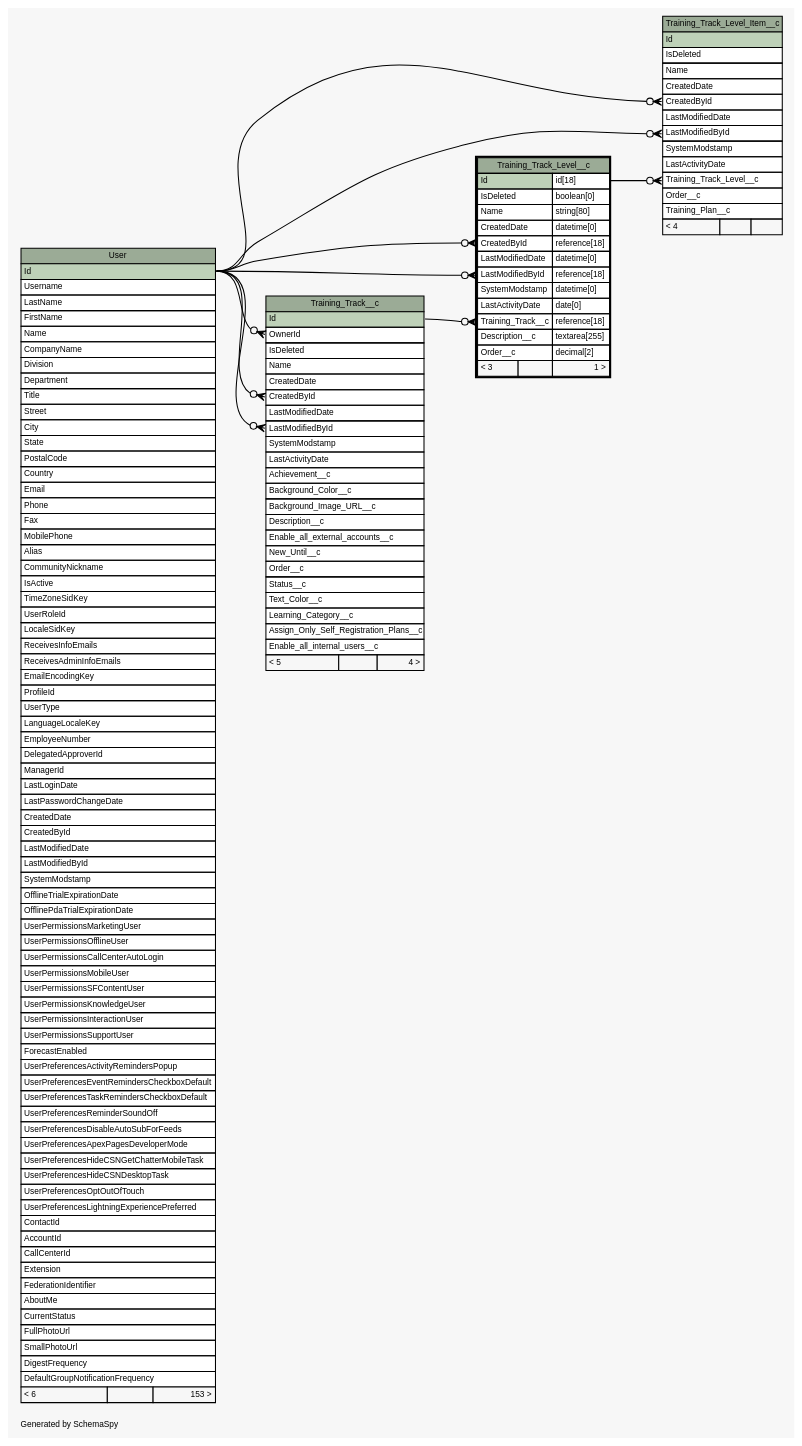
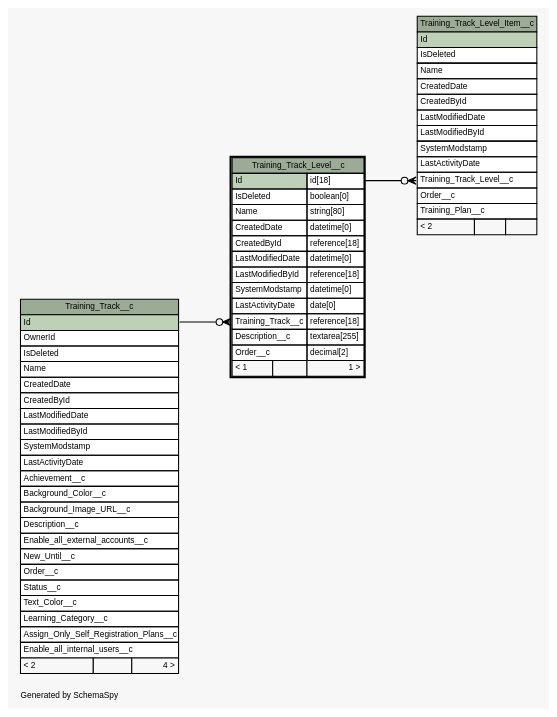
The diagram in diagrams/Training_Track_Level__c.1degree.dot (ScormAnywhere/learntrac.github.io), drawn with Graphviz before and after one commit. The commit also changed 289 other files, not shown here.

```diff
--- a/diagrams/Training_Track_Level__c.1degree.dot
+++ b/diagrams/Training_Track_Level__c.1degree.dot
@@ -19,14 +19,7 @@
   edge [
     arrowsize="0.8"
   ];
-  "Training_Track__c":"CreatedById":w -> "User":"Id":e [arrowhead=none dir=back arrowtail=crowodot];
-  "Training_Track__c":"LastModifiedById":w -> "User":"Id":e [arrowhead=none dir=back arrowtail=crowodot];
-  "Training_Track__c":"OwnerId":w -> "User":"Id":e [arrowhead=none dir=back arrowtail=crowodot];
-  "Training_Track_Level__c":"CreatedById":w -> "User":"Id":e [arrowhead=none dir=back arrowtail=crowodot];
-  "Training_Track_Level__c":"LastModifiedById":w -> "User":"Id":e [arrowhead=none dir=back arrowtail=crowodot];
   "Training_Track_Level__c":"Training_Track__c":w -> "Training_Track__c":"Id":e [arrowhead=none dir=back arrowtail=crowodot];
-  "Training_Track_Level_Item__c":"CreatedById":w -> "User":"Id":e [arrowhead=none dir=back arrowtail=crowodot];
-  "Training_Track_Level_Item__c":"LastModifiedById":w -> "User":"Id":e [arrowhead=none dir=back arrowtail=crowodot];
   "Training_Track_Level_Item__c":"Training_Track_Level__c":w -> "Training_Track_Level__c":"Id.type":e [arrowhead=none dir=back arrowtail=crowodot];
   "Training_Track__c" [
     label=<
@@ -54,7 +47,7 @@
       <TR><TD PORT="Learning_Category__c" COLSPAN="3" ALIGN="LEFT">Learning_Category__c</TD></TR>
       <TR><TD PORT="Assign_Only_Self_Registration_Plans__c" COLSPAN="3" ALIGN="LEFT">Assign_Only_Self_Registration_Plans__c</TD></TR>
       <TR><TD PORT="Enable_all_internal_users__c" COLSPAN="3" ALIGN="LEFT">Enable_all_internal_users__c</TD></TR>
-      <TR><TD ALIGN="LEFT" BGCOLOR="#f7f7f7">&lt; 5</TD><TD ALIGN="RIGHT" BGCOLOR="#f7f7f7">  </TD><TD ALIGN="RIGHT" BGCOLOR="#f7f7f7">4 &gt;</TD></TR>
+      <TR><TD ALIGN="LEFT" BGCOLOR="#f7f7f7">&lt; 2</TD><TD ALIGN="RIGHT" BGCOLOR="#f7f7f7">  </TD><TD ALIGN="RIGHT" BGCOLOR="#f7f7f7">4 &gt;</TD></TR>
     </TABLE>>
     URL="Training_Track__c.html"
     tooltip="Training_Track__c"
@@ -75,7 +68,7 @@
       <TR><TD PORT="Training_Track__c" COLSPAN="2" ALIGN="LEFT">Training_Track__c</TD><TD PORT="Training_Track__c.type" ALIGN="LEFT">reference[18]</TD></TR>
       <TR><TD PORT="Description__c" COLSPAN="2" ALIGN="LEFT">Description__c</TD><TD PORT="Description__c.type" ALIGN="LEFT">textarea[255]</TD></TR>
       <TR><TD PORT="Order__c" COLSPAN="2" ALIGN="LEFT">Order__c</TD><TD PORT="Order__c.type" ALIGN="LEFT">decimal[2]</TD></TR>
-      <TR><TD ALIGN="LEFT" BGCOLOR="#f7f7f7">&lt; 3</TD><TD ALIGN="RIGHT" BGCOLOR="#f7f7f7">  </TD><TD ALIGN="RIGHT" BGCOLOR="#f7f7f7">1 &gt;</TD></TR>
+      <TR><TD ALIGN="LEFT" BGCOLOR="#f7f7f7">&lt; 1</TD><TD ALIGN="RIGHT" BGCOLOR="#f7f7f7">  </TD><TD ALIGN="RIGHT" BGCOLOR="#f7f7f7">1 &gt;</TD></TR>
     </TABLE>>
     URL="Training_Track_Level__c.html"
     tooltip="Training_Track_Level__c"
@@ -96,90 +89,9 @@
       <TR><TD PORT="Training_Track_Level__c" COLSPAN="3" ALIGN="LEFT">Training_Track_Level__c</TD></TR>
       <TR><TD PORT="Order__c" COLSPAN="3" ALIGN="LEFT">Order__c</TD></TR>
       <TR><TD PORT="Training_Plan__c" COLSPAN="3" ALIGN="LEFT">Training_Plan__c</TD></TR>
-      <TR><TD ALIGN="LEFT" BGCOLOR="#f7f7f7">&lt; 4</TD><TD ALIGN="RIGHT" BGCOLOR="#f7f7f7">  </TD><TD ALIGN="RIGHT" BGCOLOR="#f7f7f7">  </TD></TR>
+      <TR><TD ALIGN="LEFT" BGCOLOR="#f7f7f7">&lt; 2</TD><TD ALIGN="RIGHT" BGCOLOR="#f7f7f7">  </TD><TD ALIGN="RIGHT" BGCOLOR="#f7f7f7">  </TD></TR>
     </TABLE>>
     URL="Training_Track_Level_Item__c.html"
     tooltip="Training_Track_Level_Item__c"
   ];
-  "User" [
-    label=<
-    <TABLE BORDER="0" CELLBORDER="1" CELLSPACING="0" BGCOLOR="#ffffff">
-      <TR><TD COLSPAN="3" BGCOLOR="#9bab96" ALIGN="CENTER">User</TD></TR>
-      <TR><TD PORT="Id" COLSPAN="3" BGCOLOR="#bed1b8" ALIGN="LEFT">Id</TD></TR>
-      <TR><TD PORT="Username" COLSPAN="3" ALIGN="LEFT">Username</TD></TR>
-      <TR><TD PORT="LastName" COLSPAN="3" ALIGN="LEFT">LastName</TD></TR>
-      <TR><TD PORT="FirstName" COLSPAN="3" ALIGN="LEFT">FirstName</TD></TR>
-      <TR><TD PORT="Name" COLSPAN="3" ALIGN="LEFT">Name</TD></TR>
-      <TR><TD PORT="CompanyName" COLSPAN="3" ALIGN="LEFT">CompanyName</TD></TR>
-      <TR><TD PORT="Division" COLSPAN="3" ALIGN="LEFT">Division</TD></TR>
-      <TR><TD PORT="Department" COLSPAN="3" ALIGN="LEFT">Department</TD></TR>
-      <TR><TD PORT="Title" COLSPAN="3" ALIGN="LEFT">Title</TD></TR>
-      <TR><TD PORT="Street" COLSPAN="3" ALIGN="LEFT">Street</TD></TR>
-      <TR><TD PORT="City" COLSPAN="3" ALIGN="LEFT">City</TD></TR>
-      <TR><TD PORT="State" COLSPAN="3" ALIGN="LEFT">State</TD></TR>
-      <TR><TD PORT="PostalCode" COLSPAN="3" ALIGN="LEFT">PostalCode</TD></TR>
-      <TR><TD PORT="Country" COLSPAN="3" ALIGN="LEFT">Country</TD></TR>
-      <TR><TD PORT="Email" COLSPAN="3" ALIGN="LEFT">Email</TD></TR>
-      <TR><TD PORT="Phone" COLSPAN="3" ALIGN="LEFT">Phone</TD></TR>
-      <TR><TD PORT="Fax" COLSPAN="3" ALIGN="LEFT">Fax</TD></TR>
-      <TR><TD PORT="MobilePhone" COLSPAN="3" ALIGN="LEFT">MobilePhone</TD></TR>
-      <TR><TD PORT="Alias" COLSPAN="3" ALIGN="LEFT">Alias</TD></TR>
-      <TR><TD PORT="CommunityNickname" COLSPAN="3" ALIGN="LEFT">CommunityNickname</TD></TR>
-      <TR><TD PORT="IsActive" COLSPAN="3" ALIGN="LEFT">IsActive</TD></TR>
-      <TR><TD PORT="TimeZoneSidKey" COLSPAN="3" ALIGN="LEFT">TimeZoneSidKey</TD></TR>
-      <TR><TD PORT="UserRoleId" COLSPAN="3" ALIGN="LEFT">UserRoleId</TD></TR>
-      <TR><TD PORT="LocaleSidKey" COLSPAN="3" ALIGN="LEFT">LocaleSidKey</TD></TR>
-      <TR><TD PORT="ReceivesInfoEmails" COLSPAN="3" ALIGN="LEFT">ReceivesInfoEmails</TD></TR>
-      <TR><TD PORT="ReceivesAdminInfoEmails" COLSPAN="3" ALIGN="LEFT">ReceivesAdminInfoEmails</TD></TR>
-      <TR><TD PORT="EmailEncodingKey" COLSPAN="3" ALIGN="LEFT">EmailEncodingKey</TD></TR>
-      <TR><TD PORT="ProfileId" COLSPAN="3" ALIGN="LEFT">ProfileId</TD></TR>
-      <TR><TD PORT="UserType" COLSPAN="3" ALIGN="LEFT">UserType</TD></TR>
-      <TR><TD PORT="LanguageLocaleKey" COLSPAN="3" ALIGN="LEFT">LanguageLocaleKey</TD></TR>
-      <TR><TD PORT="EmployeeNumber" COLSPAN="3" ALIGN="LEFT">EmployeeNumber</TD></TR>
-      <TR><TD PORT="DelegatedApproverId" COLSPAN="3" ALIGN="LEFT">DelegatedApproverId</TD></TR>
-      <TR><TD PORT="ManagerId" COLSPAN="3" ALIGN="LEFT">ManagerId</TD></TR>
-      <TR><TD PORT="LastLoginDate" COLSPAN="3" ALIGN="LEFT">LastLoginDate</TD></TR>
-      <TR><TD PORT="LastPasswordChangeDate" COLSPAN="3" ALIGN="LEFT">LastPasswordChangeDate</TD></TR>
-      <TR><TD PORT="CreatedDate" COLSPAN="3" ALIGN="LEFT">CreatedDate</TD></TR>
-      <TR><TD PORT="CreatedById" COLSPAN="3" ALIGN="LEFT">CreatedById</TD></TR>
-      <TR><TD PORT="LastModifiedDate" COLSPAN="3" ALIGN="LEFT">LastModifiedDate</TD></TR>
-      <TR><TD PORT="LastModifiedById" COLSPAN="3" ALIGN="LEFT">LastModifiedById</TD></TR>
-      <TR><TD PORT="SystemModstamp" COLSPAN="3" ALIGN="LEFT">SystemModstamp</TD></TR>
-      <TR><TD PORT="OfflineTrialExpirationDate" COLSPAN="3" ALIGN="LEFT">OfflineTrialExpirationDate</TD></TR>
-      <TR><TD PORT="OfflinePdaTrialExpirationDate" COLSPAN="3" ALIGN="LEFT">OfflinePdaTrialExpirationDate</TD></TR>
-      <TR><TD PORT="UserPermissionsMarketingUser" COLSPAN="3" ALIGN="LEFT">UserPermissionsMarketingUser</TD></TR>
-      <TR><TD PORT="UserPermissionsOfflineUser" COLSPAN="3" ALIGN="LEFT">UserPermissionsOfflineUser</TD></TR>
-      <TR><TD PORT="UserPermissionsCallCenterAutoLogin" COLSPAN="3" ALIGN="LEFT">UserPermissionsCallCenterAutoLogin</TD></TR>
-      <TR><TD PORT="UserPermissionsMobileUser" COLSPAN="3" ALIGN="LEFT">UserPermissionsMobileUser</TD></TR>
-      <TR><TD PORT="UserPermissionsSFContentUser" COLSPAN="3" ALIGN="LEFT">UserPermissionsSFContentUser</TD></TR>
-      <TR><TD PORT="UserPermissionsKnowledgeUser" COLSPAN="3" ALIGN="LEFT">UserPermissionsKnowledgeUser</TD></TR>
-      <TR><TD PORT="UserPermissionsInteractionUser" COLSPAN="3" ALIGN="LEFT">UserPermissionsInteractionUser</TD></TR>
-      <TR><TD PORT="UserPermissionsSupportUser" COLSPAN="3" ALIGN="LEFT">UserPermissionsSupportUser</TD></TR>
-      <TR><TD PORT="ForecastEnabled" COLSPAN="3" ALIGN="LEFT">ForecastEnabled</TD></TR>
-      <TR><TD PORT="UserPreferencesActivityRemindersPopup" COLSPAN="3" ALIGN="LEFT">UserPreferencesActivityRemindersPopup</TD></TR>
-      <TR><TD PORT="UserPreferencesEventRemindersCheckboxDefault" COLSPAN="3" ALIGN="LEFT">UserPreferencesEventRemindersCheckboxDefault</TD></TR>
-      <TR><TD PORT="UserPreferencesTaskRemindersCheckboxDefault" COLSPAN="3" ALIGN="LEFT">UserPreferencesTaskRemindersCheckboxDefault</TD></TR>
-      <TR><TD PORT="UserPreferencesReminderSoundOff" COLSPAN="3" ALIGN="LEFT">UserPreferencesReminderSoundOff</TD></TR>
-      <TR><TD PORT="UserPreferencesDisableAutoSubForFeeds" COLSPAN="3" ALIGN="LEFT">UserPreferencesDisableAutoSubForFeeds</TD></TR>
-      <TR><TD PORT="UserPreferencesApexPagesDeveloperMode" COLSPAN="3" ALIGN="LEFT">UserPreferencesApexPagesDeveloperMode</TD></TR>
-      <TR><TD PORT="UserPreferencesHideCSNGetChatterMobileTask" COLSPAN="3" ALIGN="LEFT">UserPreferencesHideCSNGetChatterMobileTask</TD></TR>
-      <TR><TD PORT="UserPreferencesHideCSNDesktopTask" COLSPAN="3" ALIGN="LEFT">UserPreferencesHideCSNDesktopTask</TD></TR>
-      <TR><TD PORT="UserPreferencesOptOutOfTouch" COLSPAN="3" ALIGN="LEFT">UserPreferencesOptOutOfTouch</TD></TR>
-      <TR><TD PORT="UserPreferencesLightningExperiencePreferred" COLSPAN="3" ALIGN="LEFT">UserPreferencesLightningExperiencePreferred</TD></TR>
-      <TR><TD PORT="ContactId" COLSPAN="3" ALIGN="LEFT">ContactId</TD></TR>
-      <TR><TD PORT="AccountId" COLSPAN="3" ALIGN="LEFT">AccountId</TD></TR>
-      <TR><TD PORT="CallCenterId" COLSPAN="3" ALIGN="LEFT">CallCenterId</TD></TR>
-      <TR><TD PORT="Extension" COLSPAN="3" ALIGN="LEFT">Extension</TD></TR>
-      <TR><TD PORT="FederationIdentifier" COLSPAN="3" ALIGN="LEFT">FederationIdentifier</TD></TR>
-      <TR><TD PORT="AboutMe" COLSPAN="3" ALIGN="LEFT">AboutMe</TD></TR>
-      <TR><TD PORT="CurrentStatus" COLSPAN="3" ALIGN="LEFT">CurrentStatus</TD></TR>
-      <TR><TD PORT="FullPhotoUrl" COLSPAN="3" ALIGN="LEFT">FullPhotoUrl</TD></TR>
-      <TR><TD PORT="SmallPhotoUrl" COLSPAN="3" ALIGN="LEFT">SmallPhotoUrl</TD></TR>
-      <TR><TD PORT="DigestFrequency" COLSPAN="3" ALIGN="LEFT">DigestFrequency</TD></TR>
-      <TR><TD PORT="DefaultGroupNotificationFrequency" COLSPAN="3" ALIGN="LEFT">DefaultGroupNotificationFrequency</TD></TR>
-      <TR><TD ALIGN="LEFT" BGCOLOR="#f7f7f7">&lt; 6</TD><TD ALIGN="RIGHT" BGCOLOR="#f7f7f7">  </TD><TD ALIGN="RIGHT" BGCOLOR="#f7f7f7">153 &gt;</TD></TR>
-    </TABLE>>
-    URL="User.html"
-    tooltip="User"
-  ];
 }
```
